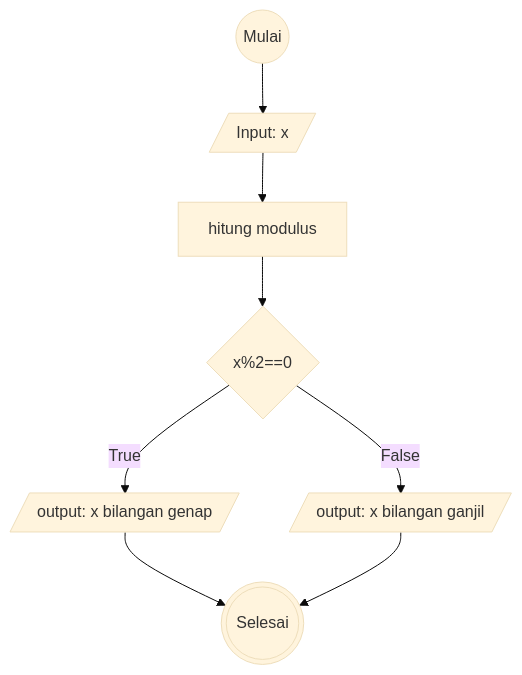
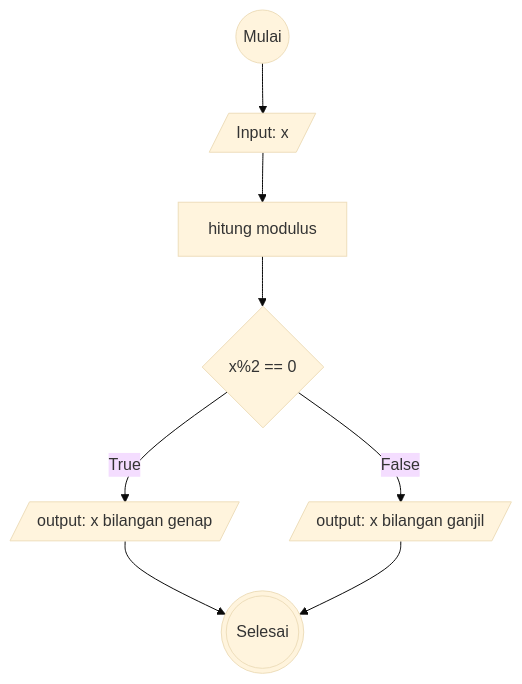
The diagram in flowchart-ganjil-genap.md (mslthn/koda-b6-algoritma), drawn with Mermaid (base theme) before and after one commit.

````diff
--- a/flowchart-ganjil-genap.md
+++ b/flowchart-ganjil-genap.md
@@ -1,14 +1,14 @@
 ```mermaid
 flowchart TD
     mulai@{ shape: circ, label: "Mulai"}
     input@{ shape: lean-r, label: "Input: x"}
-    ifG@{ shape: diamond, label: "x%2==0"}
+    ifG@{ shape: diamond, label: "x%2 == 0"}
     ganjil@{ shape: lean-r, label: "output: x bilangan ganjil"}
     genap@{ shape: lean-r, label: "output: x bilangan genap"}
     selesai@{ shape: dbl-circ, label: "Selesai"}
     proses@{ shape: rect, label: "hitung modulus"}
 
 mulai-->input-->proses-->ifG
 ifG-->|True| genap-->selesai
 ifG-->|False| ganjil-->selesai
 ```
````
